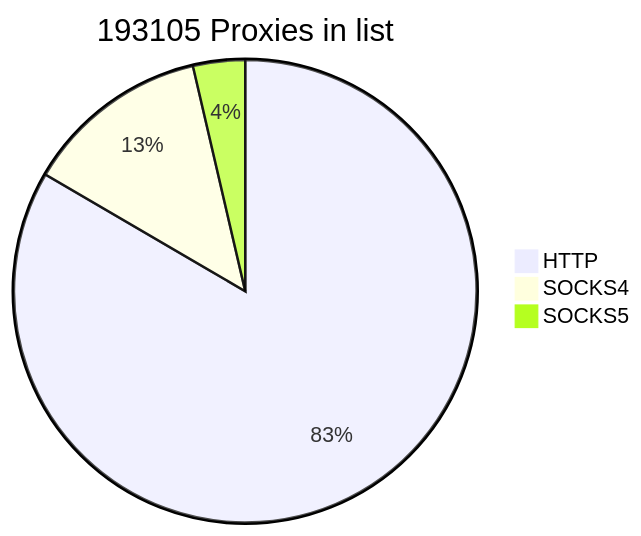
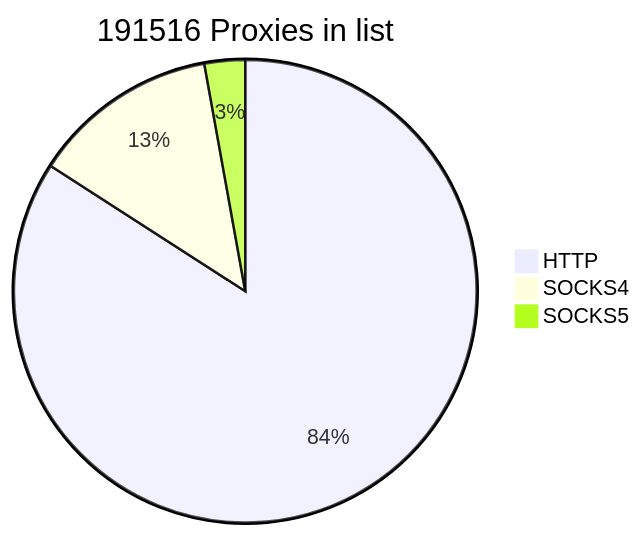
Before and after one commit to cutipu/proxylist: the first of 2 diagrams in README.md, drawn with Mermaid. The commit also changed other lines of this file, not shown here.

````diff
--- a/README.md
+++ b/README.md
@@ -2,7 +2,7 @@
 ```mermaid
-pie title 193105 Proxies in list
-    "HTTP" : 161074
+pie title 191516 Proxies in list
+    "HTTP" : 161072
     "SOCKS4" : 25011
-    "SOCKS5" : 7020
+    "SOCKS5" : 5433
             
 ```
````
